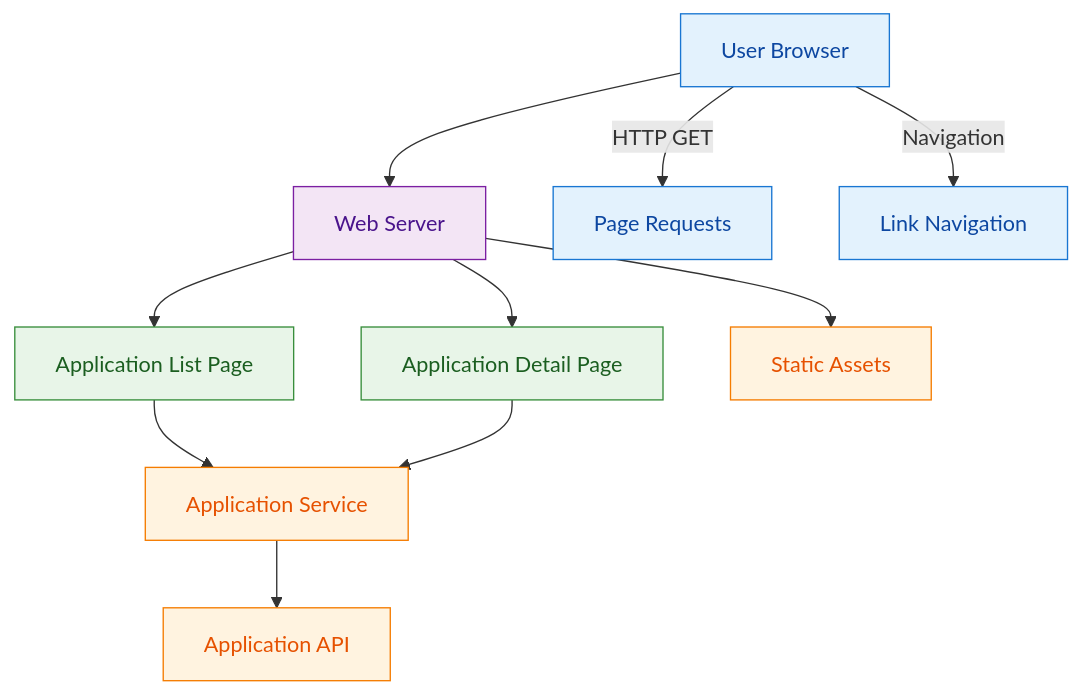
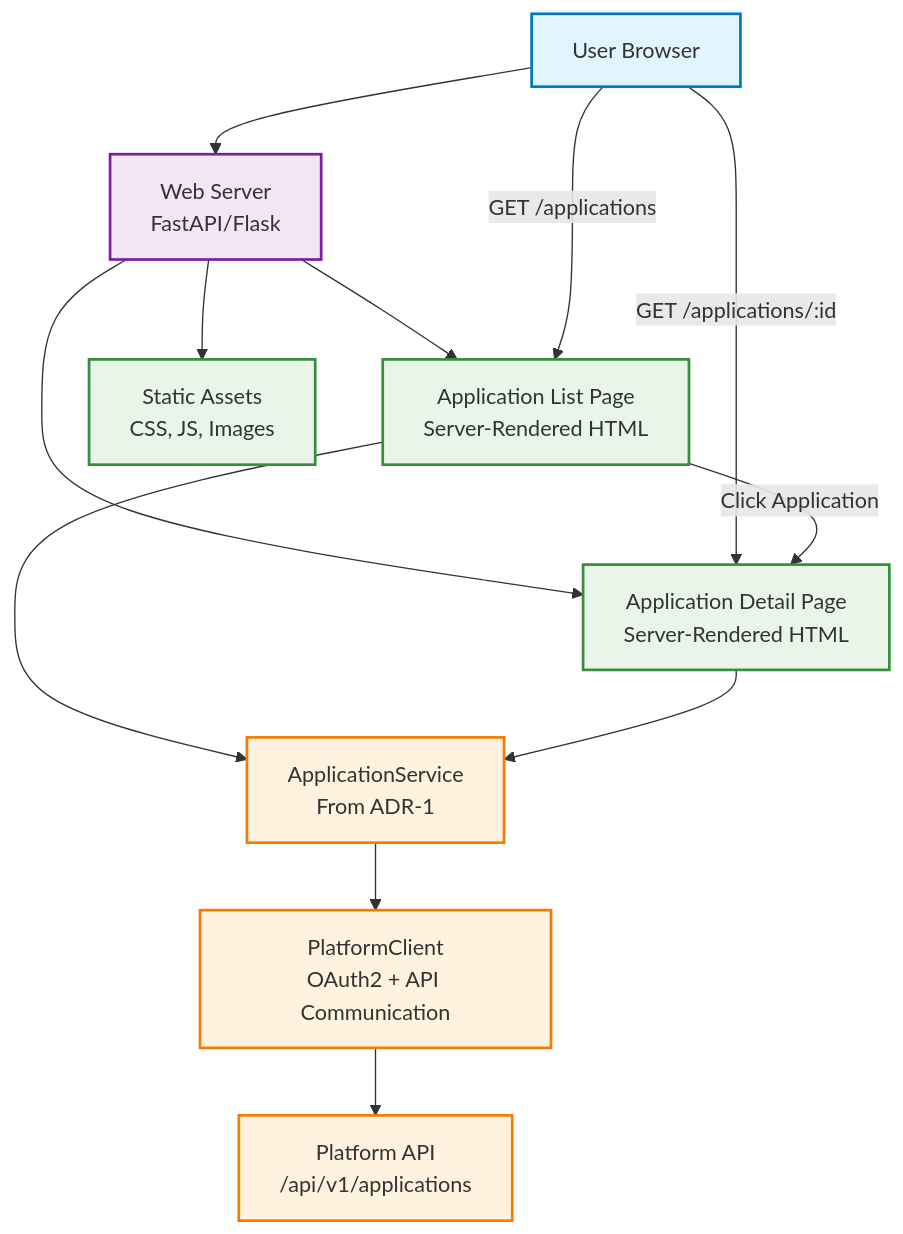
Before and after one commit to alekseevpavel04/python-sdk: the diagram in specifications/ADR-2-WEB-INTERFACE-INTEGRATION.md, drawn with Mermaid. The commit also changed other lines of this file and 46 other files, not shown here.

````diff
--- a/specifications/ADR-2-WEB-INTERFACE-INTEGRATION.md
+++ b/specifications/ADR-2-WEB-INTERFACE-INTEGRATION.md
@@ -147,26 +132,31 @@
 ```mermaid
 flowchart TB
-    Browser[User Browser] --> WebServer[Web Server]
+    Browser[User Browser] --> WebServer[Web Server<br/>FastAPI/Flask]
     
-    WebServer --> AppListPage[Application List Page]
-    WebServer --> AppDetailPage[Application Detail Page]
-    WebServer --> StaticAssets[Static Assets]
+    WebServer --> AppListPage[Application List Page<br/>Server-Rendered HTML]
+    WebServer --> AppDetailPage[Application Detail Page<br/>Server-Rendered HTML]
+    WebServer --> StaticAssets[Static Assets<br/>CSS, JS, Images]
     
-    AppListPage --> AppService[Application Service]
+    %% Integration with ADR-1 Service Layer
+    AppListPage --> AppService[ApplicationService<br/>From ADR-1]
     AppDetailPage --> AppService
     
-    AppService --> ApplicationAPI[Application API]
+    %% Platform Integration
+    AppService --> PlatformClient[PlatformClient<br/>OAuth2 + API Communication]
+    PlatformClient --> PlatformAPI[Platform API<br/>/api/v1/applications]
     
-    Browser --> |HTTP GET| PageRequest[Page Requests]
-    Browser --> |Navigation| LinkClick[Link Navigation]
+    %% Navigation Flow
+    Browser --> |GET /applications| AppListPage
+    Browser --> |GET /applications/:id| AppDetailPage
+    AppListPage --> |Click Application| AppDetailPage
     
-    classDef browser fill:#E3F2FD,stroke:#1976D2,color:#0D47A1
-    classDef server fill:#F3E5F5,stroke:#7B1FA2,color:#4A148C
-    classDef page fill:#E8F5E8,stroke:#388E3C,color:#1B5E20
-    classDef service fill:#FFF3E0,stroke:#F57C00,color:#E65100
+    classDef browser fill:#e1f5fe,stroke:#0277bd,stroke-width:2px
+    classDef server fill:#f3e5f5,stroke:#7b1fa2,stroke-width:2px
+    classDef page fill:#e8f5e8,stroke:#388e3c,stroke-width:2px
+    classDef service fill:#fff3e0,stroke:#f57c00,stroke-width:2px
     
-    class Browser,PageRequest,LinkClick browser
+    class Browser browser
     class WebServer server
-    class AppListPage,AppDetailPage page
-    class StaticAssets,AppService,ApplicationAPI service
+    class AppListPage,AppDetailPage,StaticAssets page
+    class AppService,PlatformClient,PlatformAPI service
 ```
````
